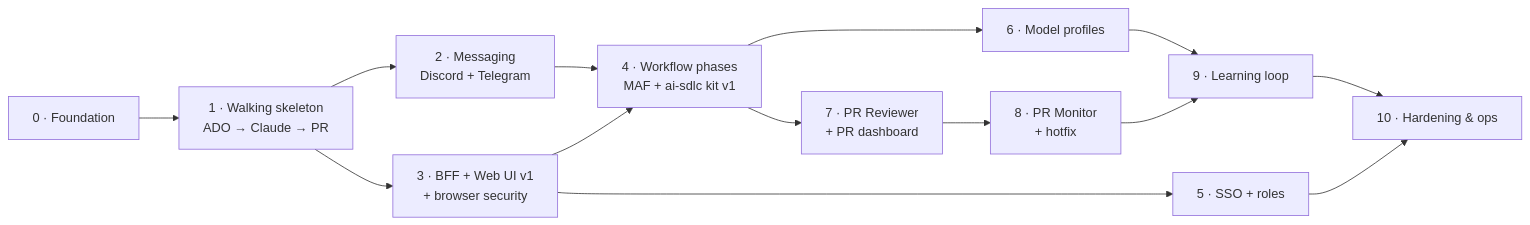
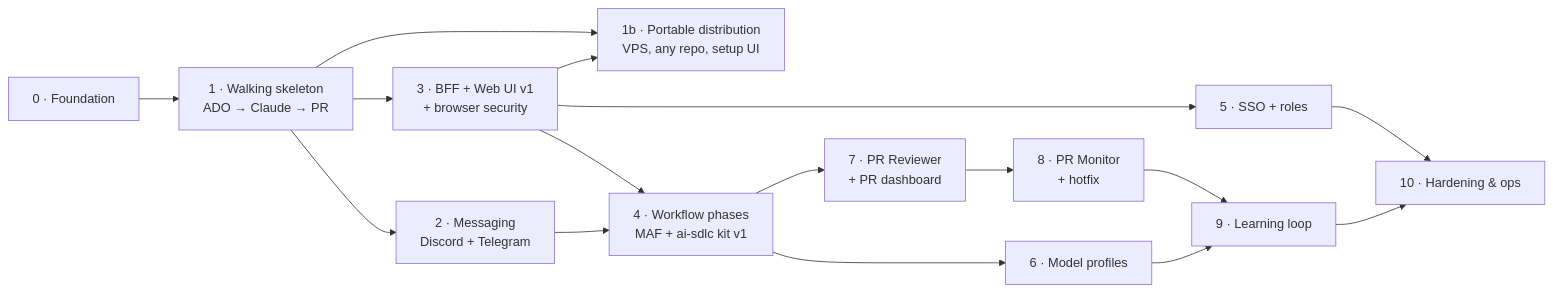
Before and after one commit to thoaingo07/agentd: the diagram in docs/plan/README.md, drawn with Mermaid. The commit also changed other lines of this file and 8 other files, not shown here.

First line of the commit message:
docs: standalone VPS deployment (any repo), setup wizard UI, Phase 1b

````diff
--- a/docs/plan/README.md
+++ b/docs/plan/README.md
@@ -12,16 +12,18 @@
 ```mermaid
 flowchart LR
     P0[0 · Foundation] --> P1[1 · Walking skeleton<br/>ADO → Claude → PR]
+    P3 --> P1b[1b · Portable distribution<br/>VPS, any repo, setup UI]
+    P1 --> P1b
     P1 --> P2[2 · Messaging<br/>Discord + Telegram]
     P1 --> P3[3 · BFF + Web UI v1<br/>+ browser security]
     P2 --> P4[4 · Workflow phases<br/>MAF + ai-sdlc kit v1]
     P3 --> P4
     P3 --> P5[5 · SSO + roles]
     P4 --> P6[6 · Model profiles]
     P4 --> P7[7 · PR Reviewer<br/>+ PR dashboard]
     P7 --> P8[8 · PR Monitor<br/>+ hotfix]
     P6 --> P9[9 · Learning loop]
     P8 --> P9
     P9 --> P10[10 · Hardening & ops]
     P5 --> P10
 ```
````
